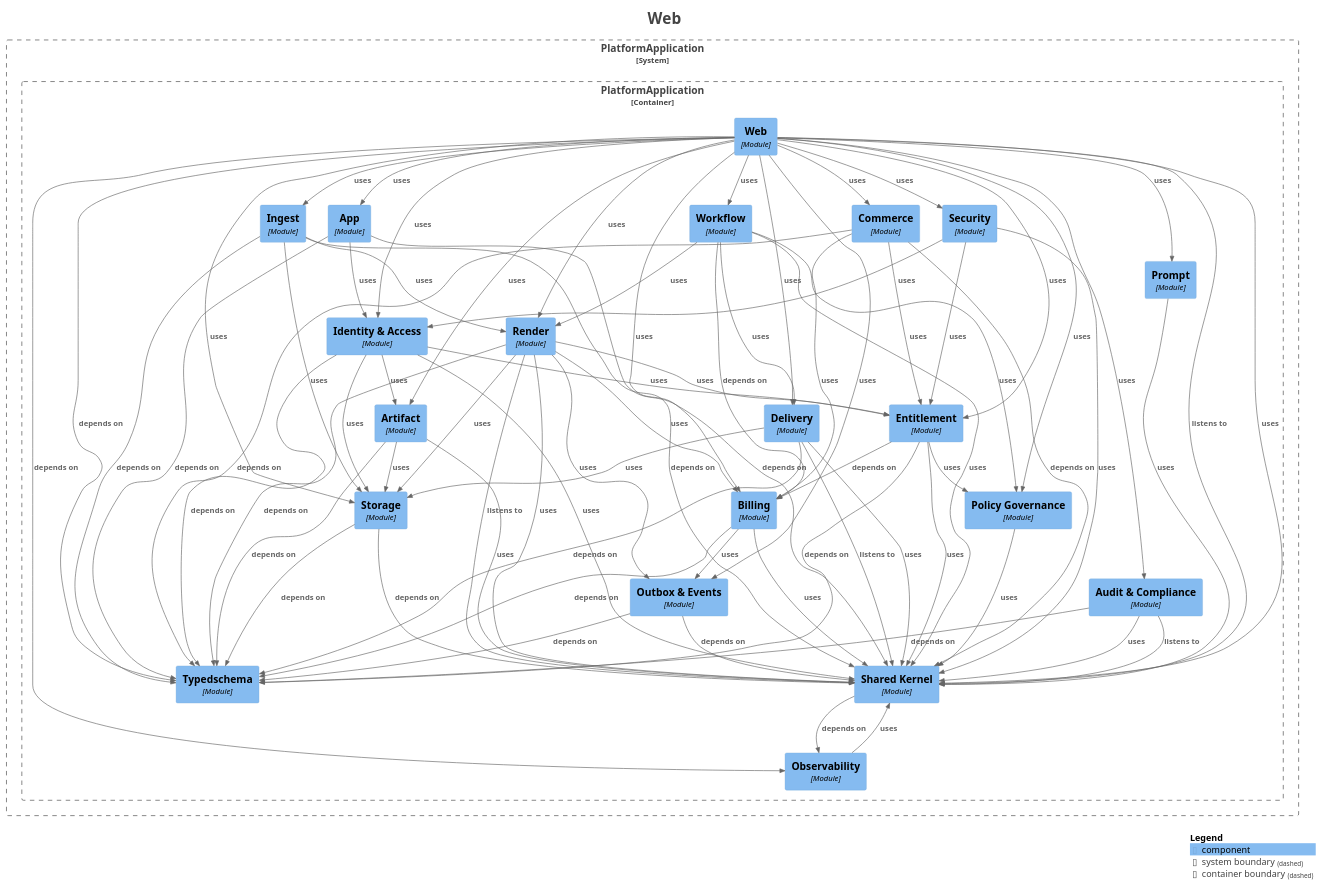
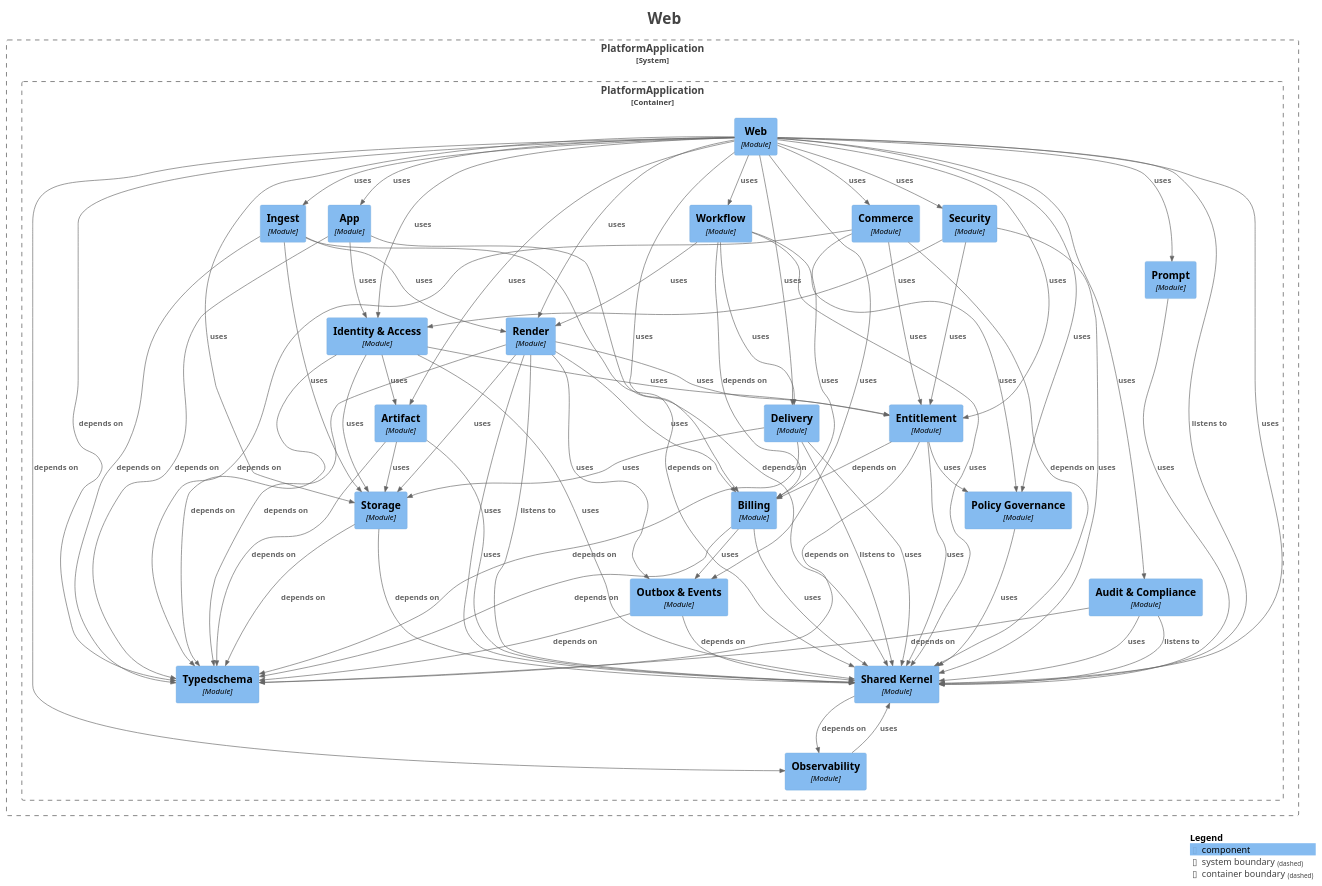
Before and after one commit to shangxq007/media-platform: the diagram in platform-app/docs/architecture/maps/generated/modulith/module-web.puml, drawn with PlantUML. The commit also changed other lines of this file and 34 other files, not shown here.

```diff
--- a/platform-app/docs/architecture/maps/generated/modulith/module-web.puml
+++ b/platform-app/docs/architecture/maps/generated/modulith/module-web.puml
@@ -41,36 +41,39 @@
 
 }
 
+Rel(PlatformApplication.PlatformApplication.Render, PlatformApplication.PlatformApplication.Entitlement, "uses", $techn="", $tags="", $link="")
+Rel(PlatformApplication.PlatformApplication.Render, PlatformApplication.PlatformApplication.Billing, "uses", $techn="", $tags="", $link="")
+Rel(PlatformApplication.PlatformApplication.Render, PlatformApplication.PlatformApplication.OutboxEvents, "uses", $techn="", $tags="", $link="")
+Rel(PlatformApplication.PlatformApplication.Render, PlatformApplication.PlatformApplication.SharedKernel, "uses", $techn="", $tags="", $link="")
 Rel(PlatformApplication.PlatformApplication.Artifact, PlatformApplication.PlatformApplication.Typedschema, "depends on", $techn="", $tags="", $link="")
 Rel(PlatformApplication.PlatformApplication.Artifact, PlatformApplication.PlatformApplication.SharedKernel, "uses", $techn="", $tags="", $link="")
 Rel(PlatformApplication.PlatformApplication.Artifact, PlatformApplication.PlatformApplication.Storage, "uses", $techn="", $tags="", $link="")
+Rel(PlatformApplication.PlatformApplication.Entitlement, PlatformApplication.PlatformApplication.Billing, "depends on", $techn="", $tags="", $link="")
+Rel(PlatformApplication.PlatformApplication.Entitlement, PlatformApplication.PlatformApplication.Typedschema, "depends on", $techn="", $tags="", $link="")
+Rel(PlatformApplication.PlatformApplication.Entitlement, PlatformApplication.PlatformApplication.PolicyGovernance, "uses", $techn="", $tags="", $link="")
+Rel(PlatformApplication.PlatformApplication.Entitlement, PlatformApplication.PlatformApplication.SharedKernel, "uses", $techn="", $tags="", $link="")
+Rel(PlatformApplication.PlatformApplication.Delivery, PlatformApplication.PlatformApplication.SharedKernel, "listens to", $techn="", $tags="", $link="")
+Rel(PlatformApplication.PlatformApplication.Delivery, PlatformApplication.PlatformApplication.Typedschema, "depends on", $techn="", $tags="", $link="")
+Rel(PlatformApplication.PlatformApplication.Delivery, PlatformApplication.PlatformApplication.SharedKernel, "uses", $techn="", $tags="", $link="")
+Rel(PlatformApplication.PlatformApplication.Delivery, PlatformApplication.PlatformApplication.Storage, "uses", $techn="", $tags="", $link="")
+Rel(PlatformApplication.PlatformApplication.Billing, PlatformApplication.PlatformApplication.Typedschema, "depends on", $techn="", $tags="", $link="")
+Rel(PlatformApplication.PlatformApplication.Billing, PlatformApplication.PlatformApplication.SharedKernel, "uses", $techn="", $tags="", $link="")
+Rel(PlatformApplication.PlatformApplication.Billing, PlatformApplication.PlatformApplication.OutboxEvents, "uses", $techn="", $tags="", $link="")
+Rel(PlatformApplication.PlatformApplication.Workflow, PlatformApplication.PlatformApplication.Billing, "depends on", $techn="", $tags="", $link="")
+Rel(PlatformApplication.PlatformApplication.Workflow, PlatformApplication.PlatformApplication.Render, "uses", $techn="", $tags="", $link="")
+Rel(PlatformApplication.PlatformApplication.Workflow, PlatformApplication.PlatformApplication.SharedKernel, "uses", $techn="", $tags="", $link="")
+Rel(PlatformApplication.PlatformApplication.Workflow, PlatformApplication.PlatformApplication.PolicyGovernance, "uses", $techn="", $tags="", $link="")
+Rel(PlatformApplication.PlatformApplication.Workflow, PlatformApplication.PlatformApplication.Delivery, "uses", $techn="", $tags="", $link="")
 Rel(PlatformApplication.PlatformApplication.App, PlatformApplication.PlatformApplication.SharedKernel, "depends on", $techn="", $tags="", $link="")
 Rel(PlatformApplication.PlatformApplication.App, PlatformApplication.PlatformApplication.Typedschema, "depends on", $techn="", $tags="", $link="")
 Rel(PlatformApplication.PlatformApplication.App, PlatformApplication.PlatformApplication.IdentityAccess, "uses", $techn="", $tags="", $link="")
 Rel(PlatformApplication.PlatformApplication.AuditCompliance, PlatformApplication.PlatformApplication.SharedKernel, "listens to", $techn="", $tags="", $link="")
 Rel(PlatformApplication.PlatformApplication.AuditCompliance, PlatformApplication.PlatformApplication.Typedschema, "depends on", $techn="", $tags="", $link="")
 Rel(PlatformApplication.PlatformApplication.AuditCompliance, PlatformApplication.PlatformApplication.SharedKernel, "uses", $techn="", $tags="", $link="")
-Rel(PlatformApplication.PlatformApplication.Workflow, PlatformApplication.PlatformApplication.Billing, "depends on", $techn="", $tags="", $link="")
-Rel(PlatformApplication.PlatformApplication.Workflow, PlatformApplication.PlatformApplication.Render, "uses", $techn="", $tags="", $link="")
-Rel(PlatformApplication.PlatformApplication.Workflow, PlatformApplication.PlatformApplication.SharedKernel, "uses", $techn="", $tags="", $link="")
-Rel(PlatformApplication.PlatformApplication.Workflow, PlatformApplication.PlatformApplication.PolicyGovernance, "uses", $techn="", $tags="", $link="")
-Rel(PlatformApplication.PlatformApplication.Workflow, PlatformApplication.PlatformApplication.Delivery, "uses", $techn="", $tags="", $link="")
-Rel(PlatformApplication.PlatformApplication.Render, PlatformApplication.PlatformApplication.SharedKernel, "listens to", $techn="", $tags="", $link="")
-Rel(PlatformApplication.PlatformApplication.Render, PlatformApplication.PlatformApplication.Typedschema, "depends on", $techn="", $tags="", $link="")
-Rel(PlatformApplication.PlatformApplication.Render, PlatformApplication.PlatformApplication.Storage, "uses", $techn="", $tags="", $link="")
-Rel(PlatformApplication.PlatformApplication.Render, PlatformApplication.PlatformApplication.Entitlement, "uses", $techn="", $tags="", $link="")
-Rel(PlatformApplication.PlatformApplication.Render, PlatformApplication.PlatformApplication.Billing, "uses", $techn="", $tags="", $link="")
-Rel(PlatformApplication.PlatformApplication.Render, PlatformApplication.PlatformApplication.OutboxEvents, "uses", $techn="", $tags="", $link="")
-Rel(PlatformApplication.PlatformApplication.Render, PlatformApplication.PlatformApplication.SharedKernel, "uses", $techn="", $tags="", $link="")
-Rel(PlatformApplication.PlatformApplication.Security, PlatformApplication.PlatformApplication.SharedKernel, "uses", $techn="", $tags="", $link="")
-Rel(PlatformApplication.PlatformApplication.Security, PlatformApplication.PlatformApplication.IdentityAccess, "uses", $techn="", $tags="", $link="")
-Rel(PlatformApplication.PlatformApplication.Security, PlatformApplication.PlatformApplication.Entitlement, "uses", $techn="", $tags="", $link="")
 Rel(PlatformApplication.PlatformApplication.Prompt, PlatformApplication.PlatformApplication.SharedKernel, "uses", $techn="", $tags="", $link="")
-Rel(PlatformApplication.PlatformApplication.PolicyGovernance, PlatformApplication.PlatformApplication.SharedKernel, "uses", $techn="", $tags="", $link="")
-Rel(PlatformApplication.PlatformApplication.Delivery, PlatformApplication.PlatformApplication.SharedKernel, "listens to", $techn="", $tags="", $link="")
-Rel(PlatformApplication.PlatformApplication.Delivery, PlatformApplication.PlatformApplication.Typedschema, "depends on", $techn="", $tags="", $link="")
-Rel(PlatformApplication.PlatformApplication.Delivery, PlatformApplication.PlatformApplication.SharedKernel, "uses", $techn="", $tags="", $link="")
-Rel(PlatformApplication.PlatformApplication.Delivery, PlatformApplication.PlatformApplication.Storage, "uses", $techn="", $tags="", $link="")
+Rel(PlatformApplication.PlatformApplication.Observability, PlatformApplication.PlatformApplication.SharedKernel, "uses", $techn="", $tags="", $link="")
+Rel(PlatformApplication.PlatformApplication.OutboxEvents, PlatformApplication.PlatformApplication.SharedKernel, "depends on", $techn="", $tags="", $link="")
+Rel(PlatformApplication.PlatformApplication.OutboxEvents, PlatformApplication.PlatformApplication.Typedschema, "depends on", $techn="", $tags="", $link="")
 Rel(PlatformApplication.PlatformApplication.Web, PlatformApplication.PlatformApplication.SharedKernel, "listens to", $techn="", $tags="", $link="")
 Rel(PlatformApplication.PlatformApplication.Web, PlatformApplication.PlatformApplication.Observability, "depends on", $techn="", $tags="", $link="")
 Rel(PlatformApplication.PlatformApplication.Web, PlatformApplication.PlatformApplication.Typedschema, "depends on", $techn="", $tags="", $link="")
@@ -91,32 +94,29 @@
 Rel(PlatformApplication.PlatformApplication.Web, PlatformApplication.PlatformApplication.Delivery, "uses", $techn="", $tags="", $link="")
 Rel(PlatformApplication.PlatformApplication.Web, PlatformApplication.PlatformApplication.Prompt, "uses", $techn="", $tags="", $link="")
 Rel(PlatformApplication.PlatformApplication.Web, PlatformApplication.PlatformApplication.OutboxEvents, "uses", $techn="", $tags="", $link="")
-Rel(PlatformApplication.PlatformApplication.Observability, PlatformApplication.PlatformApplication.SharedKernel, "uses", $techn="", $tags="", $link="")
-Rel(PlatformApplication.PlatformApplication.OutboxEvents, PlatformApplication.PlatformApplication.SharedKernel, "depends on", $techn="", $tags="", $link="")
-Rel(PlatformApplication.PlatformApplication.OutboxEvents, PlatformApplication.PlatformApplication.Typedschema, "depends on", $techn="", $tags="", $link="")
-Rel(PlatformApplication.PlatformApplication.Commerce, PlatformApplication.PlatformApplication.SharedKernel, "depends on", $techn="", $tags="", $link="")
-Rel(PlatformApplication.PlatformApplication.Commerce, PlatformApplication.PlatformApplication.Typedschema, "depends on", $techn="", $tags="", $link="")
-Rel(PlatformApplication.PlatformApplication.Commerce, PlatformApplication.PlatformApplication.Billing, "uses", $techn="", $tags="", $link="")
-Rel(PlatformApplication.PlatformApplication.Commerce, PlatformApplication.PlatformApplication.Entitlement, "uses", $techn="", $tags="", $link="")
-Rel(PlatformApplication.PlatformApplication.Storage, PlatformApplication.PlatformApplication.Typedschema, "depends on", $techn="", $tags="", $link="")
-Rel(PlatformApplication.PlatformApplication.Storage, PlatformApplication.PlatformApplication.SharedKernel, "depends on", $techn="", $tags="", $link="")
-Rel(PlatformApplication.PlatformApplication.Ingest, PlatformApplication.PlatformApplication.SharedKernel, "depends on", $techn="", $tags="", $link="")
-Rel(PlatformApplication.PlatformApplication.Ingest, PlatformApplication.PlatformApplication.Typedschema, "depends on", $techn="", $tags="", $link="")
-Rel(PlatformApplication.PlatformApplication.Ingest, PlatformApplication.PlatformApplication.Storage, "uses", $techn="", $tags="", $link="")
-Rel(PlatformApplication.PlatformApplication.Ingest, PlatformApplication.PlatformApplication.Render, "uses", $techn="", $tags="", $link="")
-Rel(PlatformApplication.PlatformApplication.Entitlement, PlatformApplication.PlatformApplication.Billing, "depends on", $techn="", $tags="", $link="")
-Rel(PlatformApplication.PlatformApplication.Entitlement, PlatformApplication.PlatformApplication.Typedschema, "depends on", $techn="", $tags="", $link="")
-Rel(PlatformApplication.PlatformApplication.Entitlement, PlatformApplication.PlatformApplication.PolicyGovernance, "uses", $techn="", $tags="", $link="")
-Rel(PlatformApplication.PlatformApplication.Entitlement, PlatformApplication.PlatformApplication.SharedKernel, "uses", $techn="", $tags="", $link="")
-Rel(PlatformApplication.PlatformApplication.Billing, PlatformApplication.PlatformApplication.Typedschema, "depends on", $techn="", $tags="", $link="")
-Rel(PlatformApplication.PlatformApplication.Billing, PlatformApplication.PlatformApplication.SharedKernel, "uses", $techn="", $tags="", $link="")
-Rel(PlatformApplication.PlatformApplication.Billing, PlatformApplication.PlatformApplication.OutboxEvents, "uses", $techn="", $tags="", $link="")
-Rel(PlatformApplication.PlatformApplication.SharedKernel, PlatformApplication.PlatformApplication.Observability, "depends on", $techn="", $tags="", $link="")
+Rel(PlatformApplication.PlatformApplication.Security, PlatformApplication.PlatformApplication.SharedKernel, "uses", $techn="", $tags="", $link="")
+Rel(PlatformApplication.PlatformApplication.Security, PlatformApplication.PlatformApplication.IdentityAccess, "uses", $techn="", $tags="", $link="")
+Rel(PlatformApplication.PlatformApplication.Security, PlatformApplication.PlatformApplication.Entitlement, "uses", $techn="", $tags="", $link="")
+Rel(PlatformApplication.PlatformApplication.PolicyGovernance, PlatformApplication.PlatformApplication.SharedKernel, "uses", $techn="", $tags="", $link="")
 Rel(PlatformApplication.PlatformApplication.IdentityAccess, PlatformApplication.PlatformApplication.Typedschema, "depends on", $techn="", $tags="", $link="")
 Rel(PlatformApplication.PlatformApplication.IdentityAccess, PlatformApplication.PlatformApplication.SharedKernel, "uses", $techn="", $tags="", $link="")
 Rel(PlatformApplication.PlatformApplication.IdentityAccess, PlatformApplication.PlatformApplication.Entitlement, "uses", $techn="", $tags="", $link="")
 Rel(PlatformApplication.PlatformApplication.IdentityAccess, PlatformApplication.PlatformApplication.Artifact, "uses", $techn="", $tags="", $link="")
 Rel(PlatformApplication.PlatformApplication.IdentityAccess, PlatformApplication.PlatformApplication.Storage, "uses", $techn="", $tags="", $link="")
+Rel(PlatformApplication.PlatformApplication.SharedKernel, PlatformApplication.PlatformApplication.Observability, "depends on", $techn="", $tags="", $link="")
+Rel(PlatformApplication.PlatformApplication.Storage, PlatformApplication.PlatformApplication.Typedschema, "depends on", $techn="", $tags="", $link="")
+Rel(PlatformApplication.PlatformApplication.Storage, PlatformApplication.PlatformApplication.SharedKernel, "depends on", $techn="", $tags="", $link="")
+Rel(PlatformApplication.PlatformApplication.Commerce, PlatformApplication.PlatformApplication.SharedKernel, "depends on", $techn="", $tags="", $link="")
+Rel(PlatformApplication.PlatformApplication.Commerce, PlatformApplication.PlatformApplication.Typedschema, "depends on", $techn="", $tags="", $link="")
+Rel(PlatformApplication.PlatformApplication.Commerce, PlatformApplication.PlatformApplication.Billing, "uses", $techn="", $tags="", $link="")
+Rel(PlatformApplication.PlatformApplication.Commerce, PlatformApplication.PlatformApplication.Entitlement, "uses", $techn="", $tags="", $link="")
+Rel(PlatformApplication.PlatformApplication.Ingest, PlatformApplication.PlatformApplication.SharedKernel, "depends on", $techn="", $tags="", $link="")
+Rel(PlatformApplication.PlatformApplication.Ingest, PlatformApplication.PlatformApplication.Typedschema, "depends on", $techn="", $tags="", $link="")
+Rel(PlatformApplication.PlatformApplication.Ingest, PlatformApplication.PlatformApplication.Storage, "uses", $techn="", $tags="", $link="")
+Rel(PlatformApplication.PlatformApplication.Ingest, PlatformApplication.PlatformApplication.Render, "uses", $techn="", $tags="", $link="")
+Rel(PlatformApplication.PlatformApplication.Render, PlatformApplication.PlatformApplication.SharedKernel, "listens to", $techn="", $tags="", $link="")
+Rel(PlatformApplication.PlatformApplication.Render, PlatformApplication.PlatformApplication.Typedschema, "depends on", $techn="", $tags="", $link="")
+Rel(PlatformApplication.PlatformApplication.Render, PlatformApplication.PlatformApplication.Storage, "uses", $techn="", $tags="", $link="")
 
 SHOW_LEGEND(true)
 hide stereotypes
```
